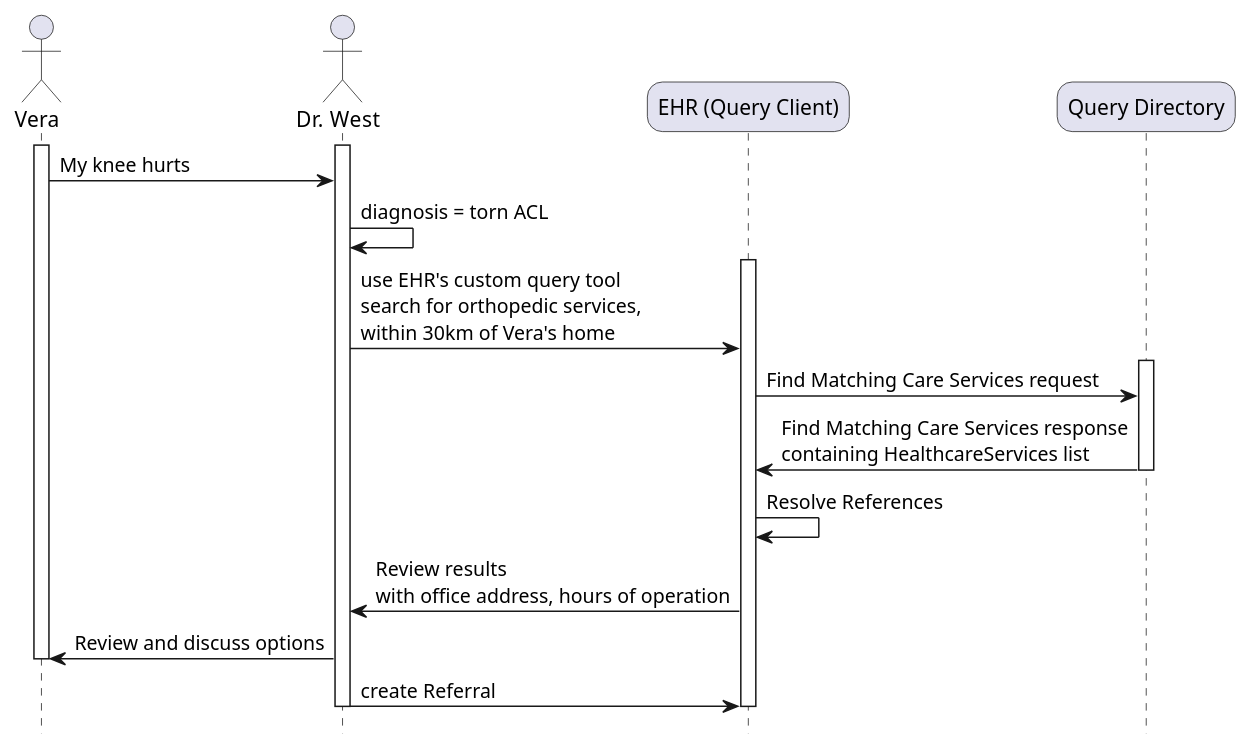
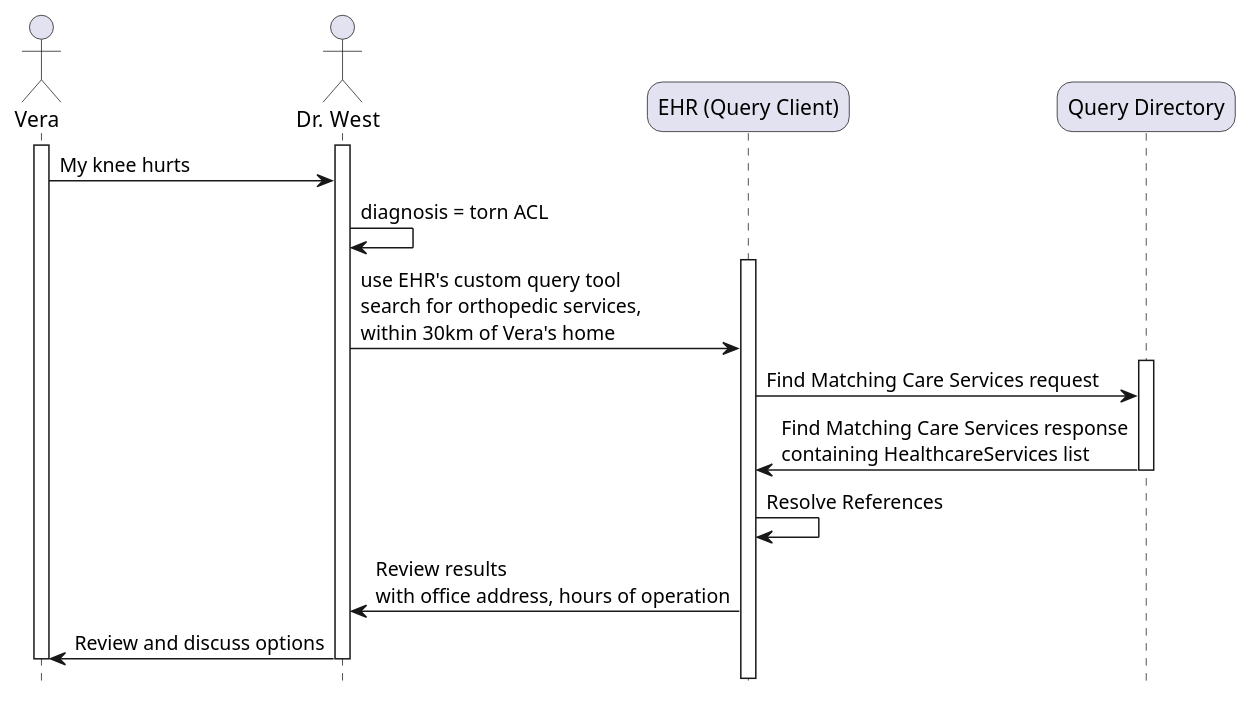
The diagram in input/images-source/care-services-use-case-1.plantuml (nuts-foundation/nl-generic-functions-ig), drawn with PlantUML before and after one commit. The commit also changed 1 other file, not shown here.

```diff
--- a/input/images-source/care-services-use-case-1.plantuml
+++ b/input/images-source/care-services-use-case-1.plantuml
@@ -1,31 +1,30 @@
 @startuml care-services-use-case-1
 
 skinparam roundcorner 20
 skinparam defaultFontName Arial 
 hide footbox
 
 !pragma teoz true
 
 actor  Patient as "Vera"
 actor  Doctor as "Dr. West"
 participant  EHR as "EHR (Query Client)"
 participant  CSD as "Query Directory"
 
 activate Patient
 activate Doctor
 Patient -> Doctor: My knee hurts
 Doctor -> Doctor: diagnosis = torn ACL
 activate EHR
 Doctor -> EHR: use EHR's custom query tool \nsearch for orthopedic services, \nwithin 30km of Vera's home
 activate CSD
 EHR-> CSD: Find Matching Care Services request
 CSD -> EHR: Find Matching Care Services response\ncontaining HealthcareServices list
 deactivate CSD
 EHR -> EHR: Resolve References
 EHR -> Doctor : Review results\nwith office address, hours of operation
 Doctor -> Patient: Review and discuss options
 deactivate Patient
-Doctor -> EHR: create Referral
 deactivate Doctor
 deactivate EHR
 @enduml
```
